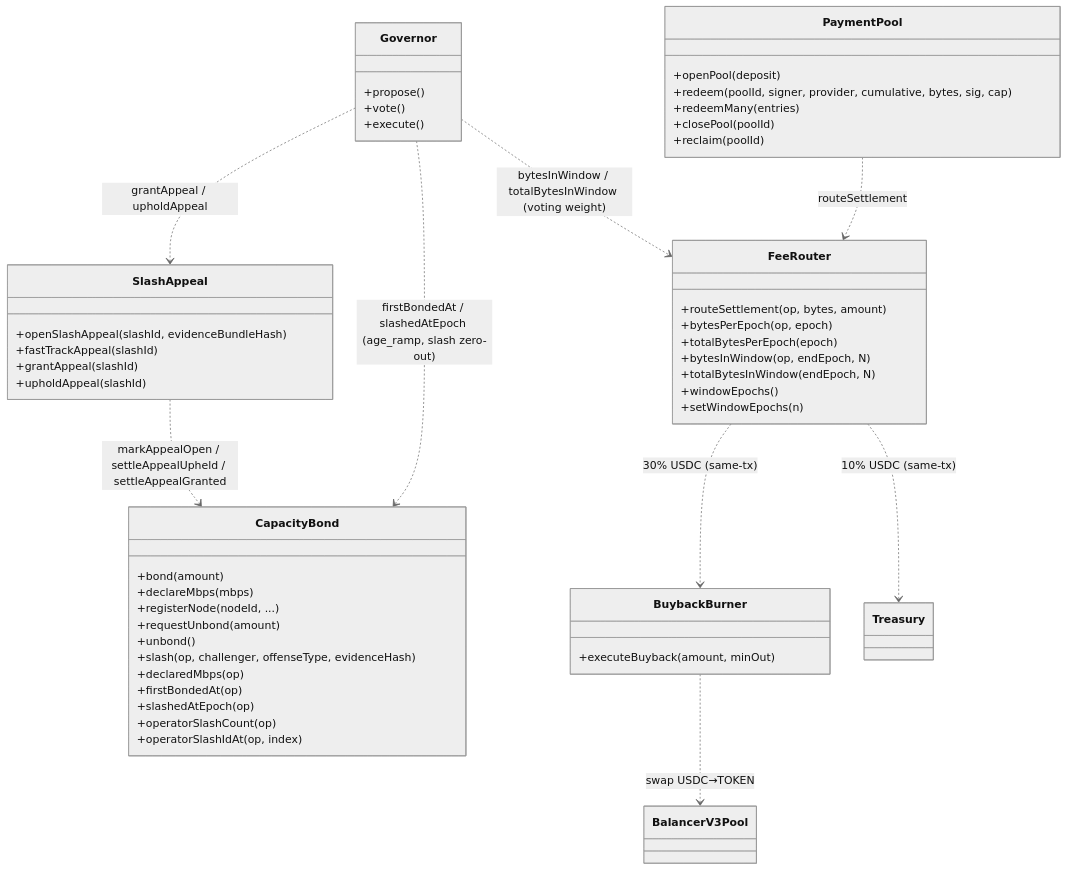
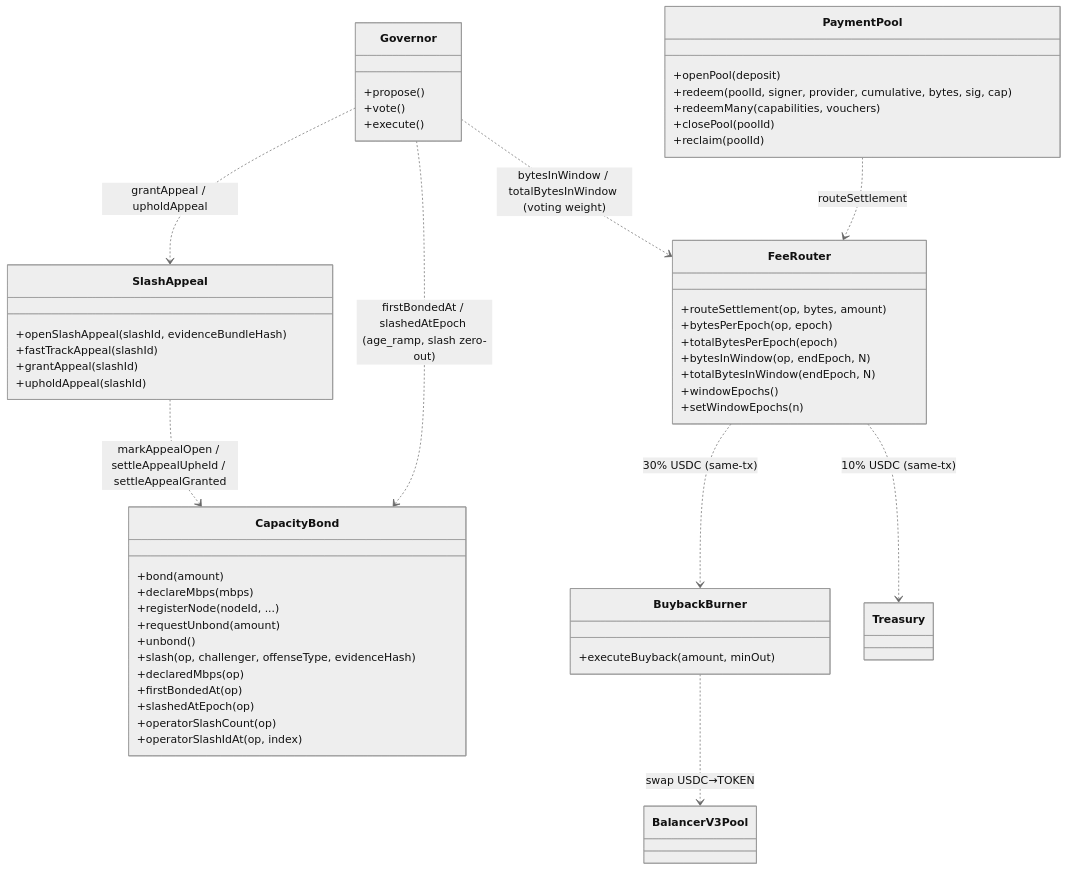
The first of 5 diagrams in adr/016-contract-interactions.md (decdn/decdn), drawn with Mermaid (neutral theme) before and after one commit. The commit also changed other lines of this file and 148 other files, not shown here.

````diff
--- a/adr/016-contract-interactions.md
+++ b/adr/016-contract-interactions.md
@@ -41,57 +41,57 @@
 ```mermaid
 classDiagram
     class PaymentPool {
         +openPool(deposit)
         +redeem(poolId, signer, provider, cumulative, bytes, sig, cap)
-        +redeemMany(entries)
+        +redeemMany(capabilities, vouchers)
         +closePool(poolId)
         +reclaim(poolId)
     }
     class FeeRouter {
         +routeSettlement(op, bytes, amount)
         +bytesPerEpoch(op, epoch)
         +totalBytesPerEpoch(epoch)
         +bytesInWindow(op, endEpoch, N)
         +totalBytesInWindow(endEpoch, N)
         +windowEpochs()
         +setWindowEpochs(n)
     }
     class CapacityBond {
         +bond(amount)
         +declareMbps(mbps)
         +registerNode(nodeId, ...)
         +requestUnbond(amount)
         +unbond()
         +slash(op, challenger, offenseType, evidenceHash)
         +declaredMbps(op)
         +firstBondedAt(op)
         +slashedAtEpoch(op)
         +operatorSlashCount(op)
         +operatorSlashIdAt(op, index)
     }
     class BuybackBurner {
         +executeBuyback(amount, minOut)
     }
     class SlashAppeal {
         +openSlashAppeal(slashId, evidenceBundleHash)
         +fastTrackAppeal(slashId)
         +grantAppeal(slashId)
         +upholdAppeal(slashId)
     }
     class Governor {
         +propose()
         +vote()
         +execute()
     }
     class Treasury
     class BalancerV3Pool
 
     PaymentPool ..> FeeRouter : routeSettlement
     FeeRouter ..> BuybackBurner : 30% USDC (same-tx)
     FeeRouter ..> Treasury : 10% USDC (same-tx)
     BuybackBurner ..> BalancerV3Pool : swap USDC→TOKEN
     Governor ..> FeeRouter : bytesInWindow / totalBytesInWindow (voting weight)
     Governor ..> CapacityBond : firstBondedAt / slashedAtEpoch (age_ramp, slash zero-out)
     SlashAppeal ..> CapacityBond : markAppealOpen / settleAppealUpheld / settleAppealGranted
     Governor ..> SlashAppeal : grantAppeal / upholdAppeal
 ```
````
